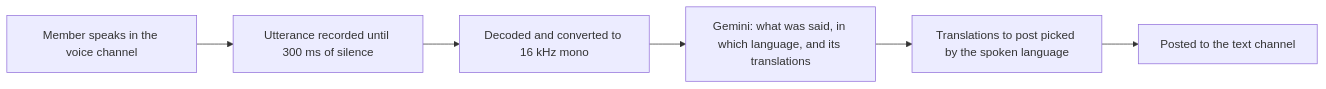
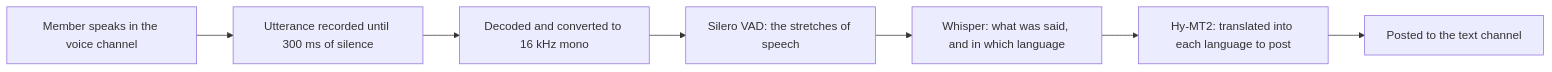
The diagram in README.md (Fkinds/discord-aitranslate-bot), drawn with Mermaid before and after one commit. The commit also changed other lines of this file and 1 other file, not shown here.

````diff
--- a/README.md
+++ b/README.md
@@ -239,8 +250,9 @@
 ```mermaid
 graph LR
     A[Member speaks in the voice channel] --> B[Utterance recorded until 300 ms of silence]
     B --> C[Decoded and converted to 16 kHz mono]
-    C --> D[Gemini: what was said, in which language, and its translations]
-    D --> E[Translations to post picked by the spoken language]
-    E --> F[Posted to the text channel]
+    C --> D[Silero VAD: the stretches of speech]
+    D --> E[Whisper: what was said, and in which language]
+    E --> F[Hy-MT2: translated into each language to post]
+    F --> G[Posted to the text channel]
 ```
````
